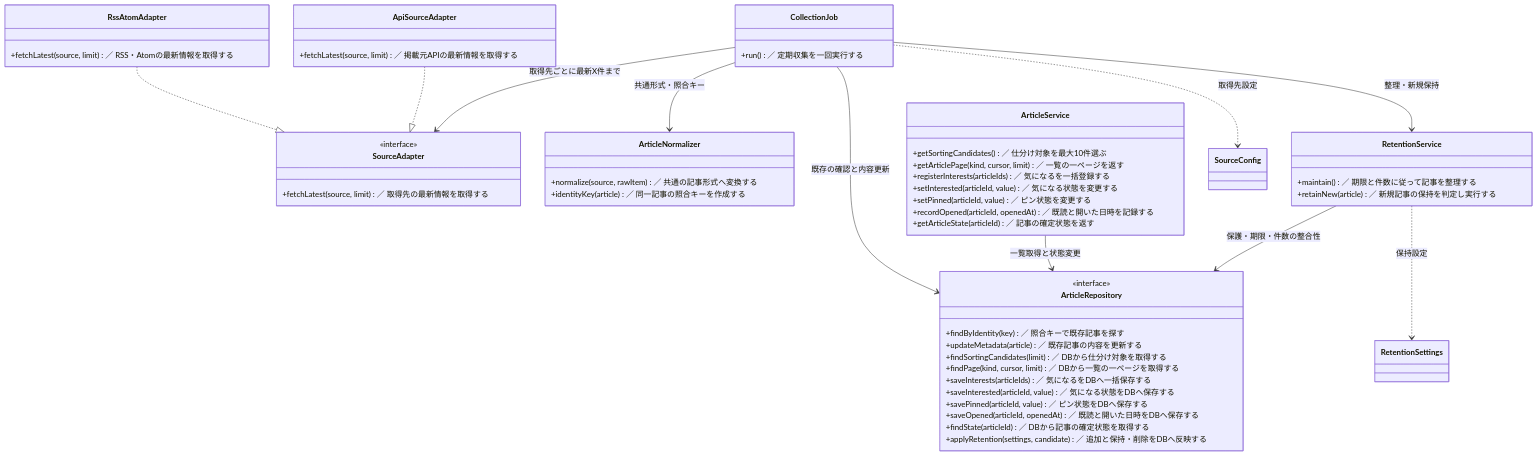
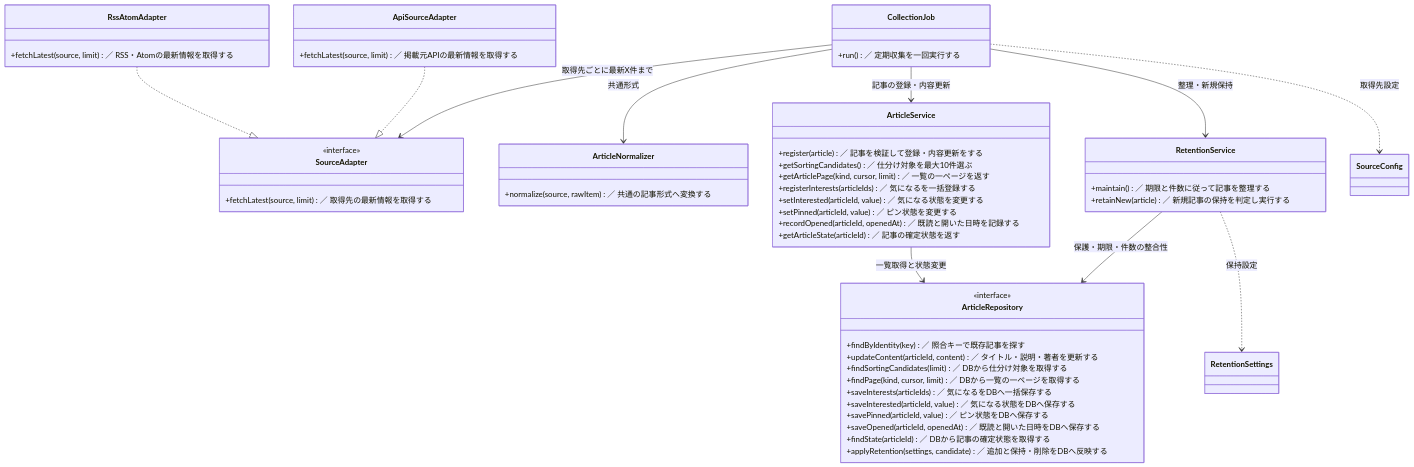
Before and after one commit to BeppuKanato/it-discovery: the third of 3 diagrams in docs/classes.md, drawn with Mermaid. The commit also changed other lines of this file and 8 other files, not shown here.

Commit message:
docs: 保存基盤の責務と依存関係を図で説明する

````diff
--- a/docs/classes.md
+++ b/docs/classes.md
@@ -230,58 +232,58 @@
 ```mermaid
 classDiagram
     direction TB
     class CollectionJob {
         +run() ／ 定期収集を一回実行する
     }
     class SourceAdapter {
         <<interface>>
         +fetchLatest(source, limit) ／ 取得先の最新情報を取得する
     }
     class RssAtomAdapter {
         +fetchLatest(source, limit) ／ RSS・Atomの最新情報を取得する
     }
     class ApiSourceAdapter {
         +fetchLatest(source, limit) ／ 掲載元APIの最新情報を取得する
     }
     class ArticleNormalizer {
         +normalize(source, rawItem) ／ 共通の記事形式へ変換する
-        +identityKey(article) ／ 同一記事の照合キーを作成する
     }
     class ArticleService {
+        +register(article) ／ 記事を検証して登録・内容更新をする
         +getSortingCandidates() ／ 仕分け対象を最大10件選ぶ
         +getArticlePage(kind, cursor, limit) ／ 一覧の一ページを返す
         +registerInterests(articleIds) ／ 気になるを一括登録する
         +setInterested(articleId, value) ／ 気になる状態を変更する
         +setPinned(articleId, value) ／ ピン状態を変更する
         +recordOpened(articleId, openedAt) ／ 既読と開いた日時を記録する
         +getArticleState(articleId) ／ 記事の確定状態を返す
     }
     class RetentionService {
         +maintain() ／ 期限と件数に従って記事を整理する
         +retainNew(article) ／ 新規記事の保持を判定し実行する
     }
     class ArticleRepository {
         <<interface>>
         +findByIdentity(key) ／ 照合キーで既存記事を探す
-        +updateMetadata(article) ／ 既存記事の内容を更新する
+        +updateContent(articleId, content) ／ タイトル・説明・著者を更新する
         +findSortingCandidates(limit) ／ DBから仕分け対象を取得する
         +findPage(kind, cursor, limit) ／ DBから一覧の一ページを取得する
         +saveInterests(articleIds) ／ 気になるをDBへ一括保存する
         +saveInterested(articleId, value) ／ 気になる状態をDBへ保存する
         +savePinned(articleId, value) ／ ピン状態をDBへ保存する
         +saveOpened(articleId, openedAt) ／ 既読と開いた日時をDBへ保存する
         +findState(articleId) ／ DBから記事の確定状態を取得する
         +applyRetention(settings, candidate) ／ 追加と保持・削除をDBへ反映する
     }
 
     RssAtomAdapter ..|> SourceAdapter
     ApiSourceAdapter ..|> SourceAdapter
     CollectionJob --> SourceAdapter : 取得先ごとに最新X件まで
-    CollectionJob --> ArticleNormalizer : 共通形式・照合キー
-    CollectionJob --> ArticleRepository : 既存の確認と内容更新
+    CollectionJob --> ArticleNormalizer : 共通形式
+    CollectionJob --> ArticleService : 記事の登録・内容更新
     CollectionJob --> RetentionService : 整理・新規保持
     ArticleService --> ArticleRepository : 一覧取得と状態変更
     RetentionService --> ArticleRepository : 保護・期限・件数の整合性
     CollectionJob ..> SourceConfig : 取得先設定
     RetentionService ..> RetentionSettings : 保持設定
 ```
````
